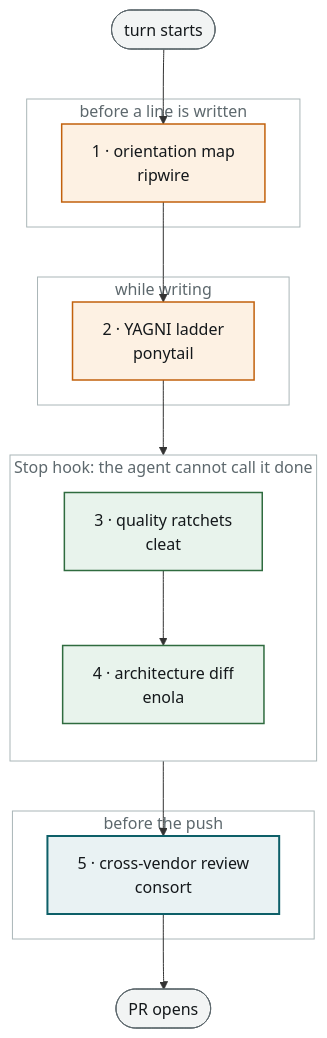
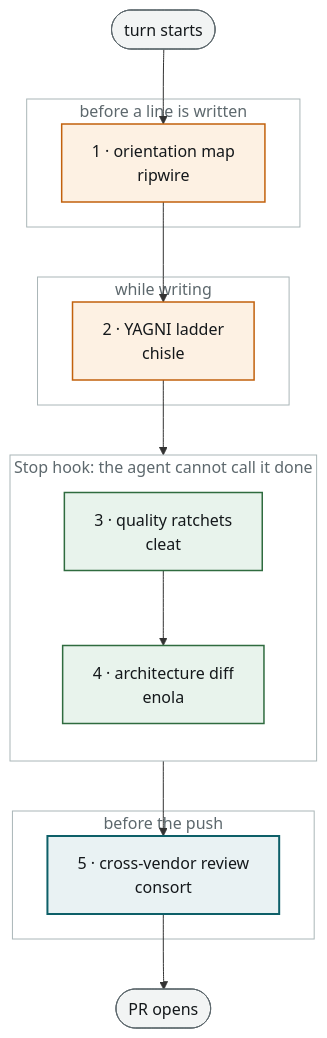
The diagram in docs/05-sensor-stack.md (siimvene/software-factory), drawn with Mermaid before and after one commit. The commit also changed other lines of this file and 6 other files, not shown here.

Commit message:
0.2.5: sensor 2 is chisle (replaced ponytail, same ladder), field record 5a, audit and pin caveats, STATUS 2026-09-10

````diff
--- a/docs/05-sensor-stack.md
+++ b/docs/05-sensor-stack.md
@@ -27,32 +27,32 @@
 ```mermaid
 flowchart TB
     START(["turn starts"])
     subgraph PRE["before a line is written"]
         M1["1 · orientation map<br/>ripwire"]
     end
     subgraph WRITE["while writing"]
-        M2["2 · YAGNI ladder<br/>ponytail"]
+        M2["2 · YAGNI ladder<br/>chisle"]
     end
     subgraph STOP["Stop hook: the agent cannot call it done"]
         direction TB
         M3["3 · quality ratchets<br/>cleat"]
         M4["4 · architecture diff<br/>enola"]
     end
     subgraph PUSH["before the push"]
         M5["5 · cross-vendor review<br/>consort"]
     end
     DONE(["PR opens"])
 
     START --> M1 --> M2 --> M3 --> M4 --> M5 --> DONE
 
     classDef mech fill:#e8f3ec,stroke:#2f6b3f,stroke-width:1.5px,color:#14181b;
     classDef inferential fill:#e9f2f3,stroke:#0d5f68,stroke-width:2px,color:#14181b;
     classDef ergo fill:#fdf1e3,stroke:#c2610c,stroke-width:1.5px,color:#14181b;
     classDef ends fill:#f2f4f4,stroke:#5d686d,stroke-width:1px,color:#14181b;
     classDef frame fill:#00000000,stroke:#aab6b8,stroke-width:1px,color:#5d686d;
     class M3,M4 mech;
     class M5 inferential;
     class M1,M2 ergo;
     class START,DONE ends;
     class PRE,WRITE,STOP,PUSH frame;
 ```
````
